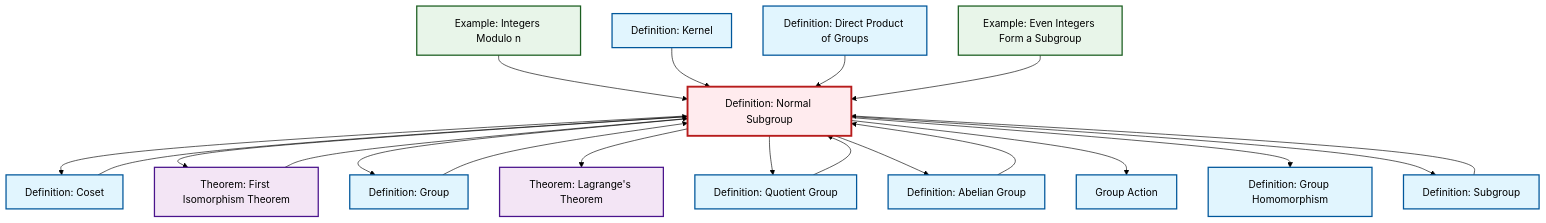
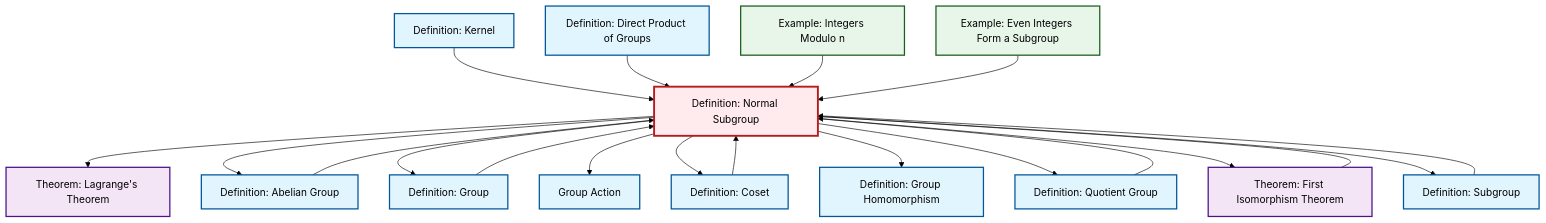
One commit to RK0429/ModernMath changed the diagram in content/ja/algebra/def-normal-subgroup.qmd. Above: the diagram before and after it, drawn with Mermaid (forest theme). The commit also changed other lines of this file and 497 other files, not shown here.

````diff
--- a/content/ja/algebra/def-normal-subgroup.qmd
+++ b/content/ja/algebra/def-normal-subgroup.qmd
@@ -92,56 +92,56 @@
 ```{mermaid}
 %%| fig-cap: "Local dependency graph"
 graph TD
     classDef definition fill:#e1f5fe,stroke:#01579b,stroke-width:2px
     classDef theorem fill:#f3e5f5,stroke:#4a148c,stroke-width:2px
     classDef axiom fill:#fff3e0,stroke:#e65100,stroke-width:2px
     classDef example fill:#e8f5e9,stroke:#1b5e20,stroke-width:2px
     classDef current fill:#ffebee,stroke:#b71c1c,stroke-width:3px
     def-normal-subgroup["Definition: Normal Subgroup"]:::definition
-    def-quotient-group["Definition: Quotient Group"]:::definition
-    ex-even-integers-subgroup["Example: Even Integers Form a Subgroup"]:::example
-    def-abelian-group["Definition: Abelian Group"]:::definition
-    thm-lagrange["Theorem: Lagrange's Theorem"]:::theorem
-    def-homomorphism["Definition: Group Homomorphism"]:::definition
-    def-coset["Definition: Coset"]:::definition
     thm-first-isomorphism["Theorem: First Isomorphism Theorem"]:::theorem
     def-kernel["Definition: Kernel"]:::definition
+    def-homomorphism["Definition: Group Homomorphism"]:::definition
     ex-quotient-integers-mod-n["Example: Integers Modulo n"]:::example
-    def-group-action["Group Action"]:::definition
+    def-coset["Definition: Coset"]:::definition
+    thm-lagrange["Theorem: Lagrange's Theorem"]:::theorem
+    def-quotient-group["Definition: Quotient Group"]:::definition
+    def-subgroup["Definition: Subgroup"]:::definition
     def-direct-product["Definition: Direct Product of Groups"]:::definition
     def-group["Definition: Group"]:::definition
-    def-subgroup["Definition: Subgroup"]:::definition
+    def-group-action["Group Action"]:::definition
+    def-abelian-group["Definition: Abelian Group"]:::definition
+    ex-even-integers-subgroup["Example: Even Integers Form a Subgroup"]:::example
+    thm-first-isomorphism --> def-normal-subgroup
+    def-kernel --> def-normal-subgroup
+    def-group --> def-normal-subgroup
+    def-abelian-group --> def-normal-subgroup
+    def-normal-subgroup --> thm-lagrange
+    def-normal-subgroup --> def-abelian-group
+    def-subgroup --> def-normal-subgroup
+    def-quotient-group --> def-normal-subgroup
+    def-direct-product --> def-normal-subgroup
+    def-normal-subgroup --> def-group
+    ex-quotient-integers-mod-n --> def-normal-subgroup
+    def-normal-subgroup --> def-group-action
     def-normal-subgroup --> def-coset
-    ex-quotient-integers-mod-n --> def-normal-subgroup
+    def-normal-subgroup --> def-homomorphism
+    def-normal-subgroup --> def-quotient-group
+    def-coset --> def-normal-subgroup
     def-normal-subgroup --> thm-first-isomorphism
-    def-kernel --> def-normal-subgroup
-    def-coset --> def-normal-subgroup
-    def-normal-subgroup --> def-group
-    def-group --> def-normal-subgroup
-    def-normal-subgroup --> thm-lagrange
-    def-quotient-group --> def-normal-subgroup
-    def-normal-subgroup --> def-quotient-group
-    def-normal-subgroup --> def-abelian-group
-    def-direct-product --> def-normal-subgroup
-    def-normal-subgroup --> def-group-action
+    def-normal-subgroup --> def-subgroup
     ex-even-integers-subgroup --> def-normal-subgroup
-    def-normal-subgroup --> def-homomorphism
-    def-abelian-group --> def-normal-subgroup
-    thm-first-isomorphism --> def-normal-subgroup
-    def-subgroup --> def-normal-subgroup
-    def-normal-subgroup --> def-subgroup
     class def-normal-subgroup current
-    click def-quotient-group "def-quotient-group.html" "Definition: Quotient Groupへ"
-    click ex-even-integers-subgroup "ex-even-integers-subgroup.html" "Example: Even Integers Form a Subgroupへ"
-    click def-abelian-group "def-abelian-group.html" "Definition: Abelian Groupへ"
-    click thm-lagrange "thm-lagrange.html" "Theorem: Lagrange's Theoremへ"
-    click def-homomorphism "def-homomorphism.html" "Definition: Group Homomorphismへ"
-    click def-coset "def-coset.html" "Definition: Cosetへ"
     click thm-first-isomorphism "thm-first-isomorphism.html" "Theorem: First Isomorphism Theoremへ"
     click def-kernel "def-kernel.html" "Definition: Kernelへ"
+    click def-homomorphism "def-homomorphism.html" "Definition: Group Homomorphismへ"
     click ex-quotient-integers-mod-n "ex-quotient-integers-mod-n.html" "Example: Integers Modulo nへ"
-    click def-group-action "def-group-action.html" "Group Actionへ"
+    click def-coset "def-coset.html" "Definition: Cosetへ"
+    click thm-lagrange "thm-lagrange.html" "Theorem: Lagrange's Theoremへ"
+    click def-quotient-group "def-quotient-group.html" "Definition: Quotient Groupへ"
+    click def-subgroup "def-subgroup.html" "Definition: Subgroupへ"
     click def-direct-product "def-direct-product.html" "Definition: Direct Product of Groupsへ"
     click def-group "def-group.html" "Definition: Groupへ"
-    click def-subgroup "def-subgroup.html" "Definition: Subgroupへ"
+    click def-group-action "def-group-action.html" "Group Actionへ"
+    click def-abelian-group "def-abelian-group.html" "Definition: Abelian Groupへ"
+    click ex-even-integers-subgroup "ex-even-integers-subgroup.html" "Example: Even Integers Form a Subgroupへ"
 ```
````
